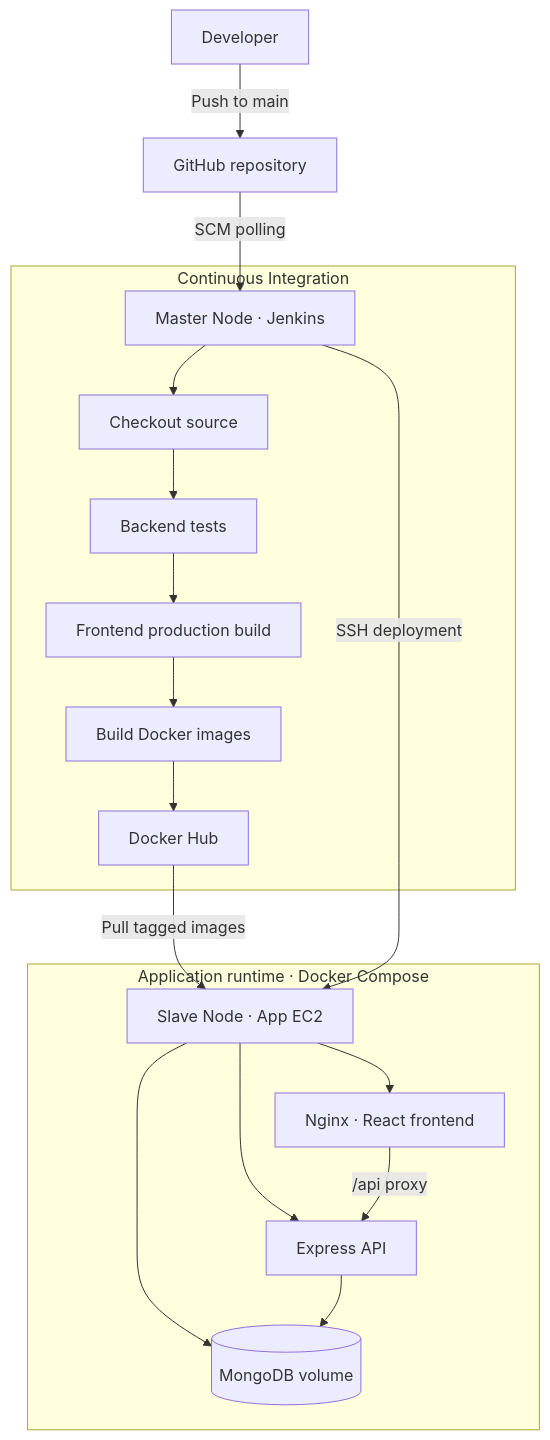
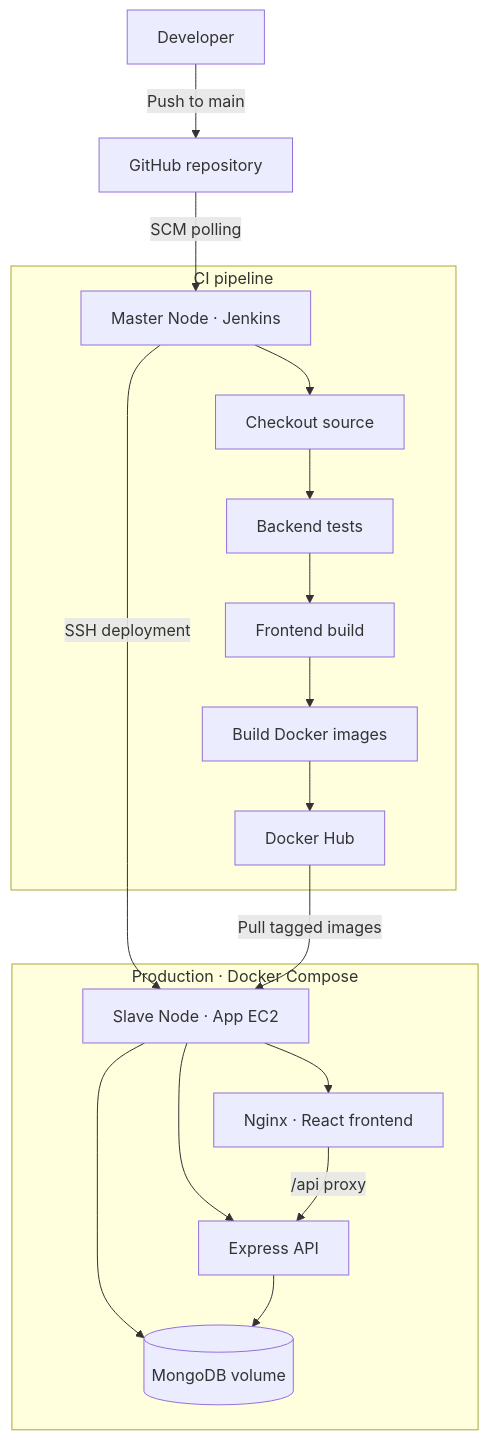
Before and after one commit to tanahmeeedsx/jenkins-ci-cd: the diagram in README.md, drawn with Mermaid. The commit also changed other lines of this file and 2 other files, not shown here.

````diff
--- a/README.md
+++ b/README.md
@@ -63,21 +63,21 @@
 ```mermaid
 flowchart TD
     Dev[Developer] -->|Push to main| GitHub[GitHub repository]
     GitHub -->|SCM polling| Master["Master Node · Jenkins"]
-    subgraph CI["Continuous Integration"]
+    subgraph CI["CI pipeline"]
         Master --> Checkout[Checkout source]
         Checkout --> Tests[Backend tests]
-        Tests --> BuildUI[Frontend production build]
-        BuildUI --> Images[Build Docker images]
+        Tests --> Frontend[Frontend build]
+        Frontend --> Images[Build Docker images]
         Images --> Registry["Docker Hub"]
     end
-    Registry -->|Pull tagged images| Slave["Slave Node · App EC2"]
-    Master -->|SSH deployment| Slave
-    subgraph Runtime["Application runtime · Docker Compose"]
+    Master -->|SSH deployment| Slave["Slave Node · App EC2"]
+    Registry -->|Pull tagged images| Slave
+    subgraph Runtime["Production · Docker Compose"]
         Slave --> Nginx["Nginx · React frontend"]
         Slave --> API["Express API"]
         Slave --> Mongo[("MongoDB volume")]
         Nginx -->|/api proxy| API
         API --> Mongo
     end
 ```
````
